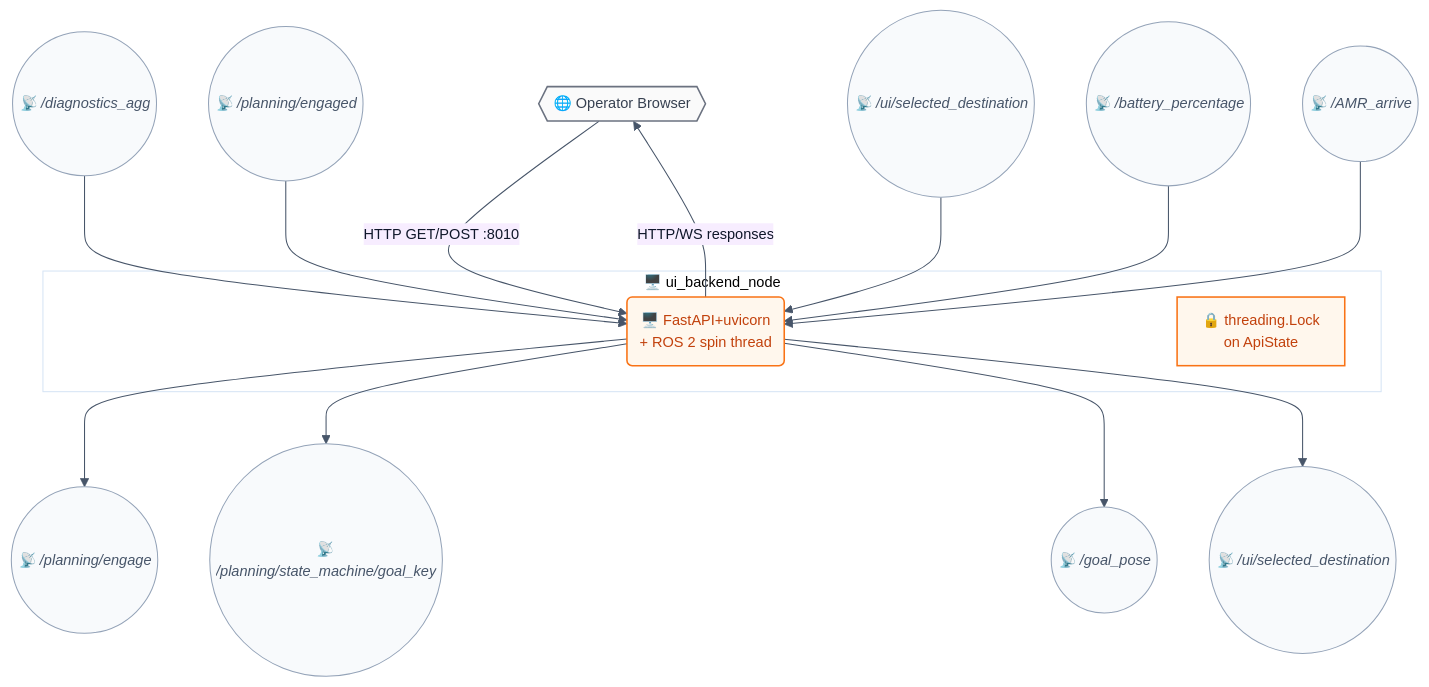
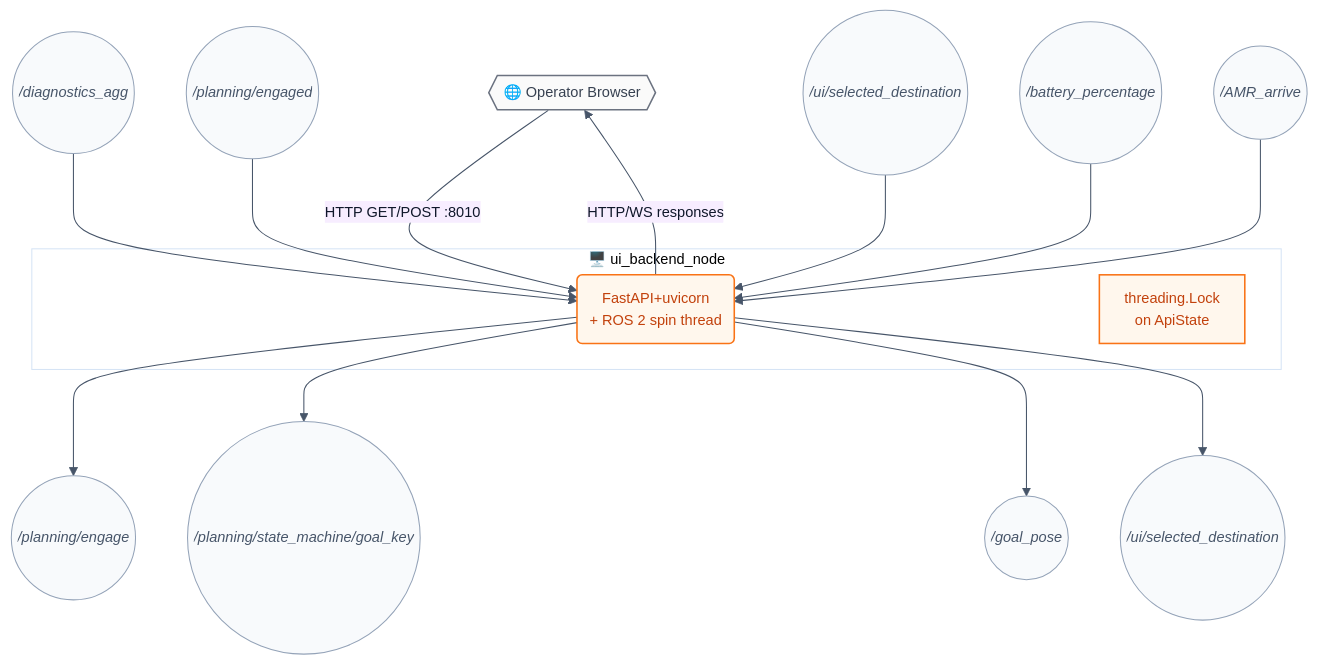
Before and after one commit to hwanhonglee/CAMROD: the second of 5 diagrams in camrod_ui/README.md, drawn with Mermaid. The commit also changed other lines of this file and 11 other files, not shown here.

First line of the commit message:
docs: fix Mermaid syntax errors and reduce emoji overuse in all READMEs

````diff
--- a/camrod_ui/README.md
+++ b/camrod_ui/README.md
@@ -76,26 +76,26 @@
 ```mermaid
 %%{init: {'theme': 'base', 'themeVariables': {'fontFamily': 'ui-sans-serif, system-ui, sans-serif', 'fontSize': '14px', 'primaryColor': '#FFF7ED', 'primaryTextColor': '#0F172A', 'primaryBorderColor': '#F97316', 'lineColor': '#475569'}, 'flowchart': {'curve': 'basis', 'htmlLabels': true, 'padding': 12}}}%%
 graph TD
   BROWSER{{🌐 Operator Browser}}:::hardware -->|HTTP GET/POST :8010| BACKEND
 
   subgraph BACKEND_BOX["🖥️ ui_backend_node"]
-    BACKEND(🖥️ FastAPI+uvicorn\n+ ROS 2 spin thread):::ui
-    NOTE[🔒 threading.Lock\non ApiState]:::ui
+    BACKEND(FastAPI+uvicorn\n+ ROS 2 spin thread):::ui
+    NOTE[threading.Lock\non ApiState]:::ui
   end
 
-  DIAGAGG((📡 /diagnostics_agg)):::topic     --> BACKEND
-  ENGAGED((📡 /planning/engaged)):::topic    --> BACKEND
-  DEST((📡 /ui/selected_destination)):::topic --> BACKEND
-  BATTERY((📡 /battery_percentage)):::topic  --> BACKEND
-  ARRIVE((📡 /AMR_arrive)):::topic           --> BACKEND
+  DIAGAGG((/diagnostics_agg)):::topic     --> BACKEND
+  ENGAGED((/planning/engaged)):::topic    --> BACKEND
+  DEST((/ui/selected_destination)):::topic --> BACKEND
+  BATTERY((/battery_percentage)):::topic  --> BACKEND
+  ARRIVE((/AMR_arrive)):::topic           --> BACKEND
 
   BACKEND -->|HTTP/WS responses| BROWSER
-  BACKEND --> ENGAGE((📡 /planning/engage)):::topic
-  BACKEND --> GOALKEY((📡 /planning/state_machine/goal_key)):::topic
-  BACKEND --> GOALPOSE((📡 /goal_pose)):::topic
-  BACKEND --> DEST2((📡 /ui/selected_destination)):::topic
+  BACKEND --> ENGAGE((/planning/engage)):::topic
+  BACKEND --> GOALKEY((/planning/state_machine/goal_key)):::topic
+  BACKEND --> GOALPOSE((/goal_pose)):::topic
+  BACKEND --> DEST2((/ui/selected_destination)):::topic
 
   classDef ui       fill:#FFF7ED,stroke:#F97316,stroke-width:1.5px,color:#C2410C;
   classDef hardware fill:#FAFAFA,stroke:#6B7280,stroke-width:1.5px,color:#374151;
   classDef topic    fill:#F8FAFC,stroke:#94A3B8,stroke-width:1px,color:#475569,font-style:italic;
 ```
````
